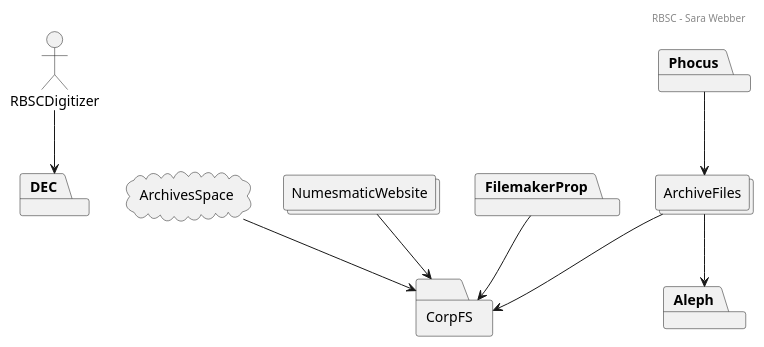
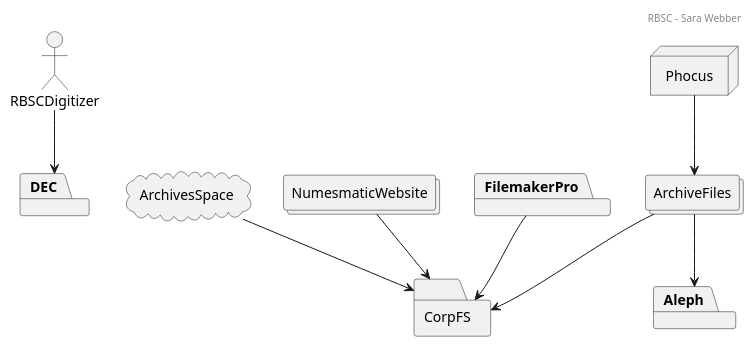
The diagram in plantuml/rbsc.puml (ndlib/dam-ecosystem-mapping), drawn with PlantUML before and after one commit. The commit also changed 5 other files, not shown here.

```diff
--- a/plantuml/rbsc.puml
+++ b/plantuml/rbsc.puml
@@ -10,22 +10,22 @@
 @startuml
 
 header RBSC - Sara Webber
 
 actor RBSCDigitizer
 cloud ArchivesSpace
 collections ArchiveFiles
 collections NumesmaticWebsite
 folder CorpFS
 package Aleph
 package DEC
-package FilemakerProp
-package Phocus
+package FilemakerPro
+node Phocus
 
 ArchivesSpace --> CorpFS
-FilemakerProp --> CorpFS
+FilemakerPro --> CorpFS
 NumesmaticWebsite --> CorpFS
 Phocus --> ArchiveFiles
 ArchiveFiles --> Aleph
 ArchiveFiles --> CorpFS
 RBSCDigitizer --> DEC
 @enduml
```
